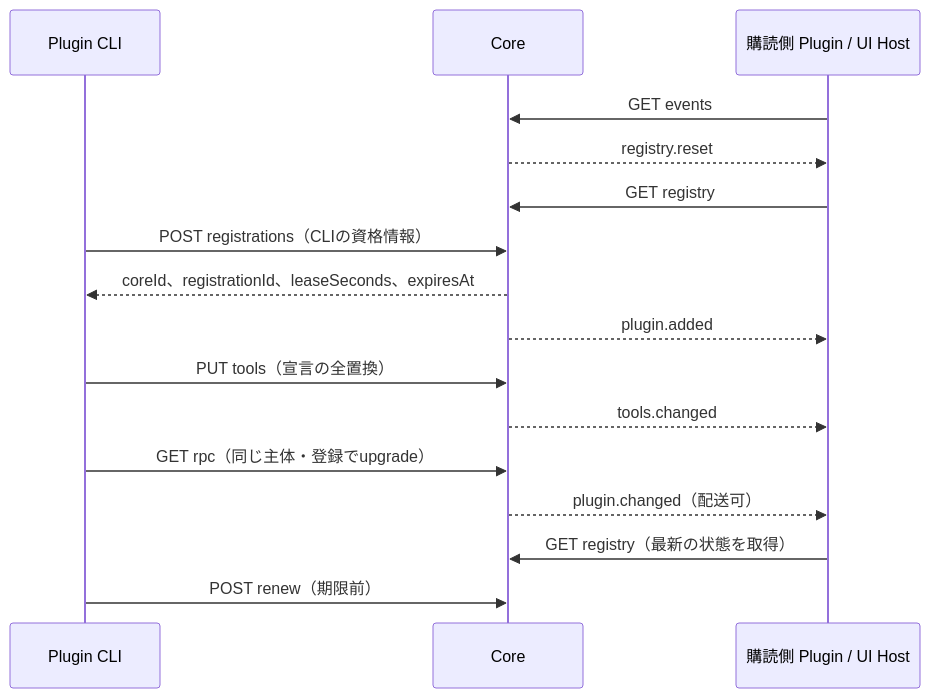
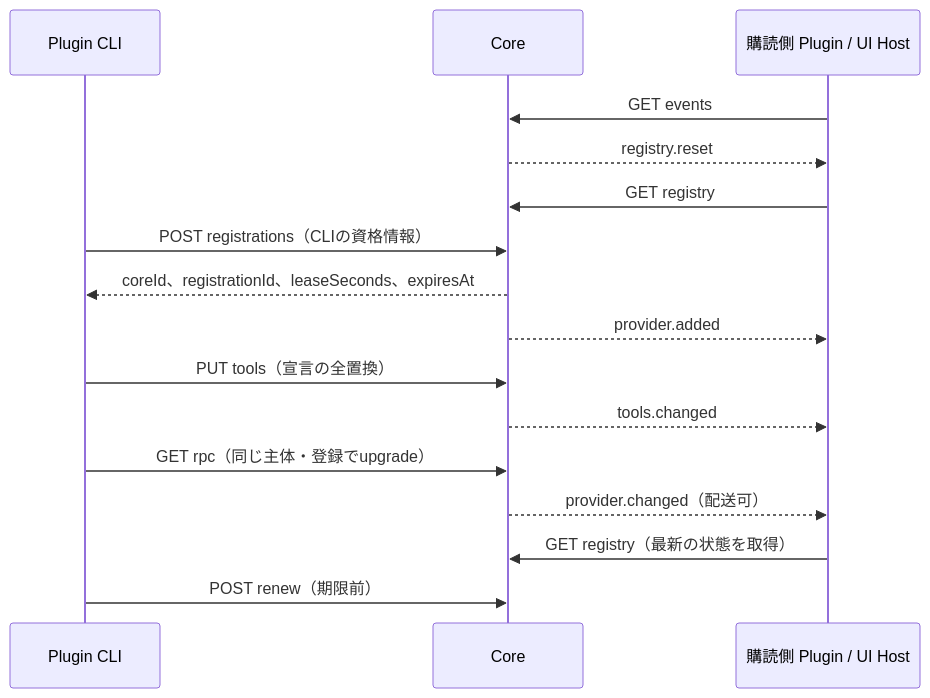
The first of 2 diagrams in docs/contracts/00004-plugin-client-protocol.md (naatin777/plugumi), drawn with Mermaid before and after one commit. The commit also changed other lines of this file and 13 other files, not shown here.

````diff
--- a/docs/contracts/00004-plugin-client-protocol.md
+++ b/docs/contracts/00004-plugin-client-protocol.md
@@ -80,18 +81,18 @@
 ```mermaid
 sequenceDiagram
     participant P as Plugin CLI
     participant C as Core
     participant S as 購読側 Plugin / UI Host
     S->>C: GET events
     C-->>S: registry.reset
     S->>C: GET registry
     P->>C: POST registrations（CLIの資格情報）
     C-->>P: coreId、registrationId、leaseSeconds、expiresAt
-    C-->>S: plugin.added
+    C-->>S: provider.added
     P->>C: PUT tools（宣言の全置換）
     C-->>S: tools.changed
     P->>C: GET rpc（同じ主体・登録でupgrade）
-    C-->>S: plugin.changed（配送可）
+    C-->>S: provider.changed（配送可）
     S->>C: GET registry（最新の状態を取得）
     P->>C: POST renew（期限前）
 ```
````
